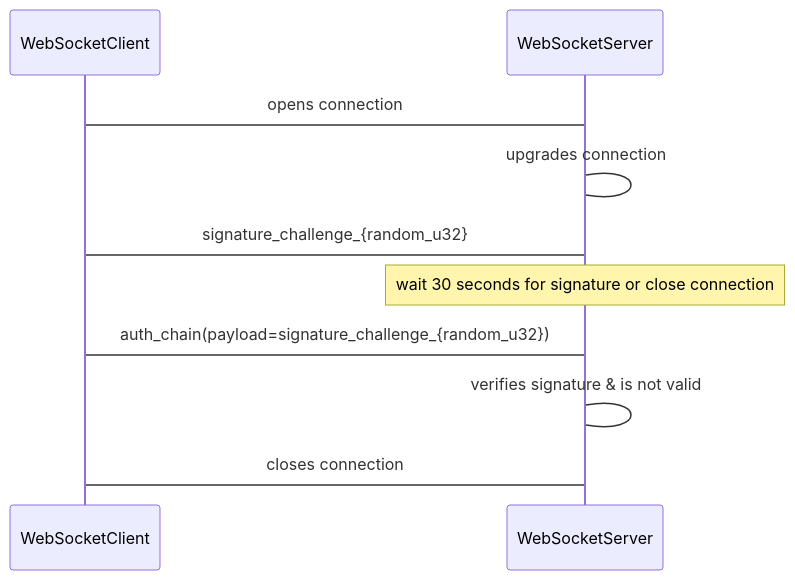
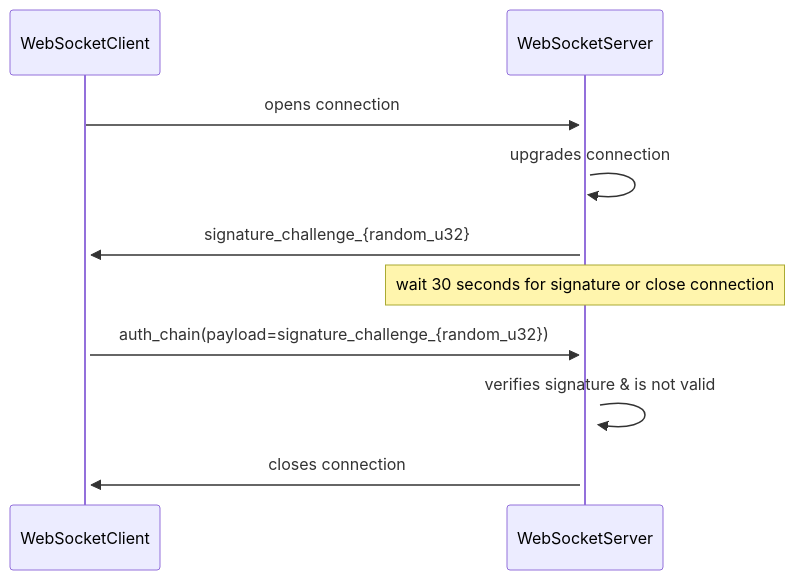
The second of 2 diagrams in content/ADR-220-quests-rpc-login.md (decentraland/adr), drawn with Mermaid before and after one commit. The commit also changed other lines of this file, not shown here.

````diff
--- a/content/ADR-220-quests-rpc-login.md
+++ b/content/ADR-220-quests-rpc-login.md
@@ -51,10 +51,10 @@
 ```mermaid
 sequenceDiagram
-    WebSocketClient->WebSocketServer: opens connection
-    WebSocketServer->WebSocketServer: upgrades connection
-    WebSocketServer->WebSocketClient: signature_challenge_{random_u32}
+    WebSocketClient->>+WebSocketServer: opens connection
+    WebSocketServer->>+WebSocketServer: upgrades connection
+    WebSocketServer->>+WebSocketClient: signature_challenge_{random_u32}
     note over WebSocketServer: wait 30 seconds for signature or close connection
-    WebSocketClient->WebSocketServer: auth_chain(payload=signature_challenge_{random_u32})
-    WebSocketServer->WebSocketServer: verifies signature & is not valid
-    WebSocketServer->WebSocketClient: closes connection
+    WebSocketClient->>+WebSocketServer: auth_chain(payload=signature_challenge_{random_u32})
+    WebSocketServer->>+WebSocketServer: verifies signature & is not valid
+    WebSocketServer->>+WebSocketClient: closes connection
 ```
````
